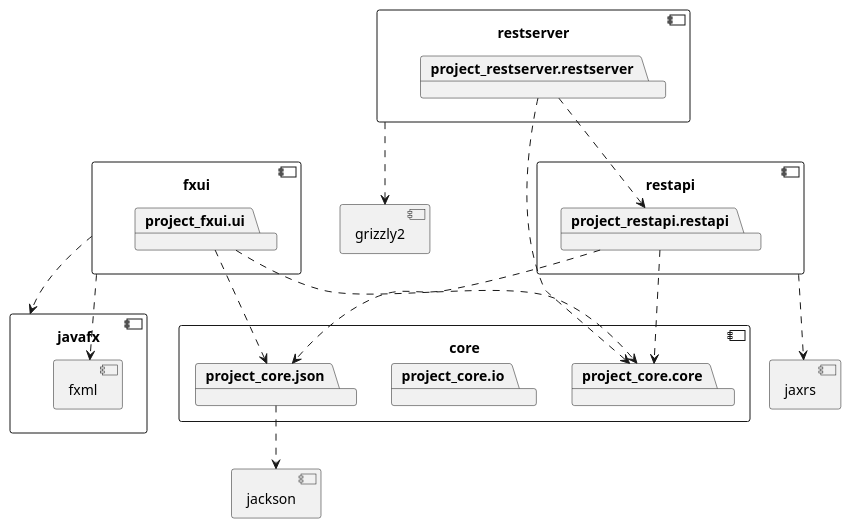
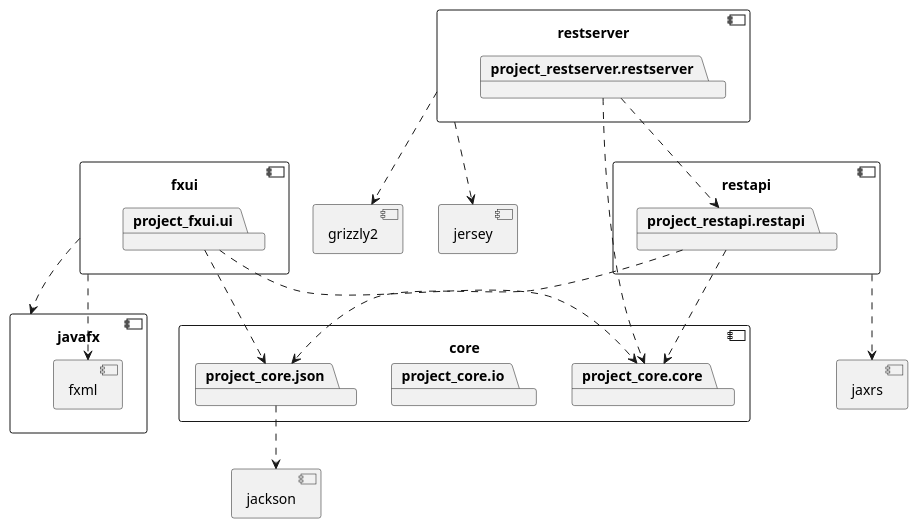
Before and after one commit to ErlendMariusOmmundsen/Messaging-App: the diagram in project/readme.md, drawn with PlantUML.

Commit message:
#33 - diagram work

````diff
--- a/project/readme.md
+++ b/project/readme.md
@@ -98,52 +98,57 @@
 ```plantuml
 
 component core {
 	package project_core.core
 	package project_core.io
 	package project_core.json
 }
 
 component jackson {
 }
 
 project_core.json ..> jackson
 
 component fxui {
 	package project_fxui.ui
 }
 
 project_fxui.ui ..> project_core.core
 project_fxui.ui ..> project_core.json
 
 component restapi {
 	package project_restapi.restapi
 }
 
 component javafx {
 	component fxml {
 	}
 }
 
 fxui ..> javafx
 fxui ..> fxml
 
 project_restapi.restapi ..> project_core.core
 project_restapi.restapi ..> project_core.json
 
 component jaxrs {
 }
 
 restapi ..> jaxrs
 
 component restserver {
 	package project_restserver.restserver
 }
 
 project_restserver.restserver ..> project_core.core
 project_restserver.restserver ..> project_restapi.restapi
 
 component grizzly2 {
 }
 
+component jersey {
+}
+
+
 restserver ..> grizzly2
+restserver ..> jersey
 ```
````
